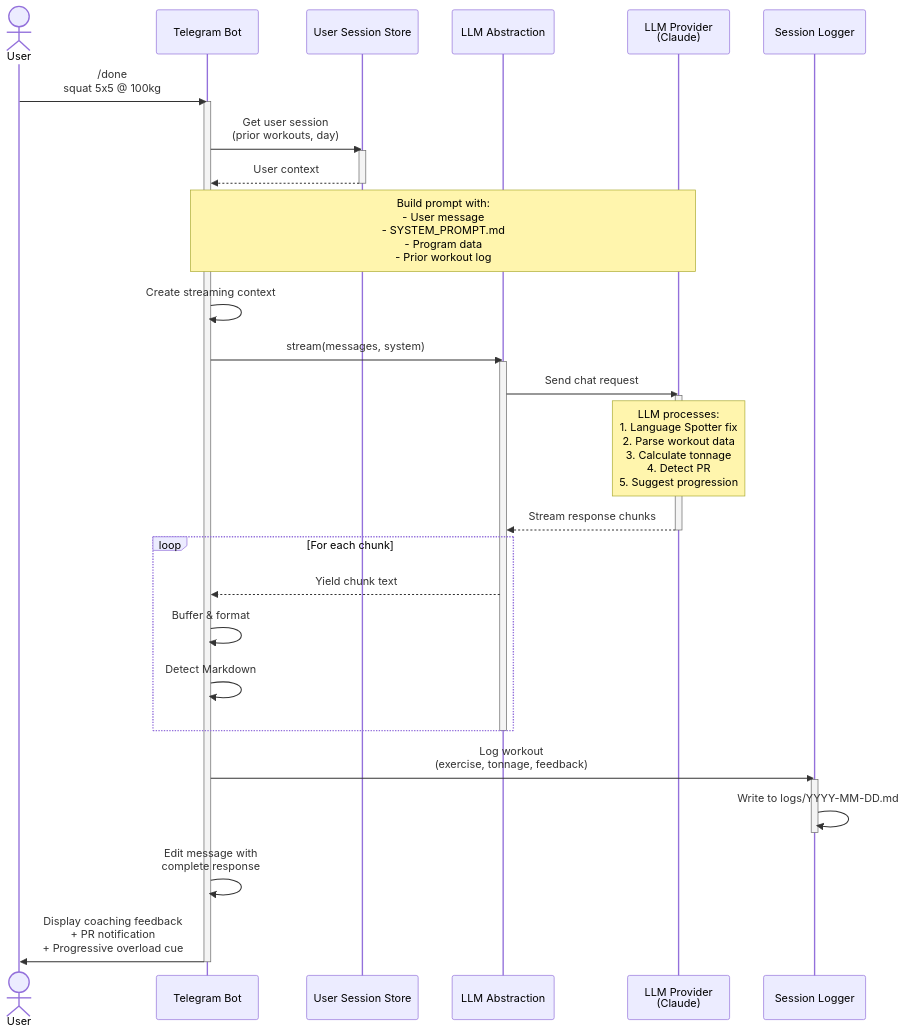
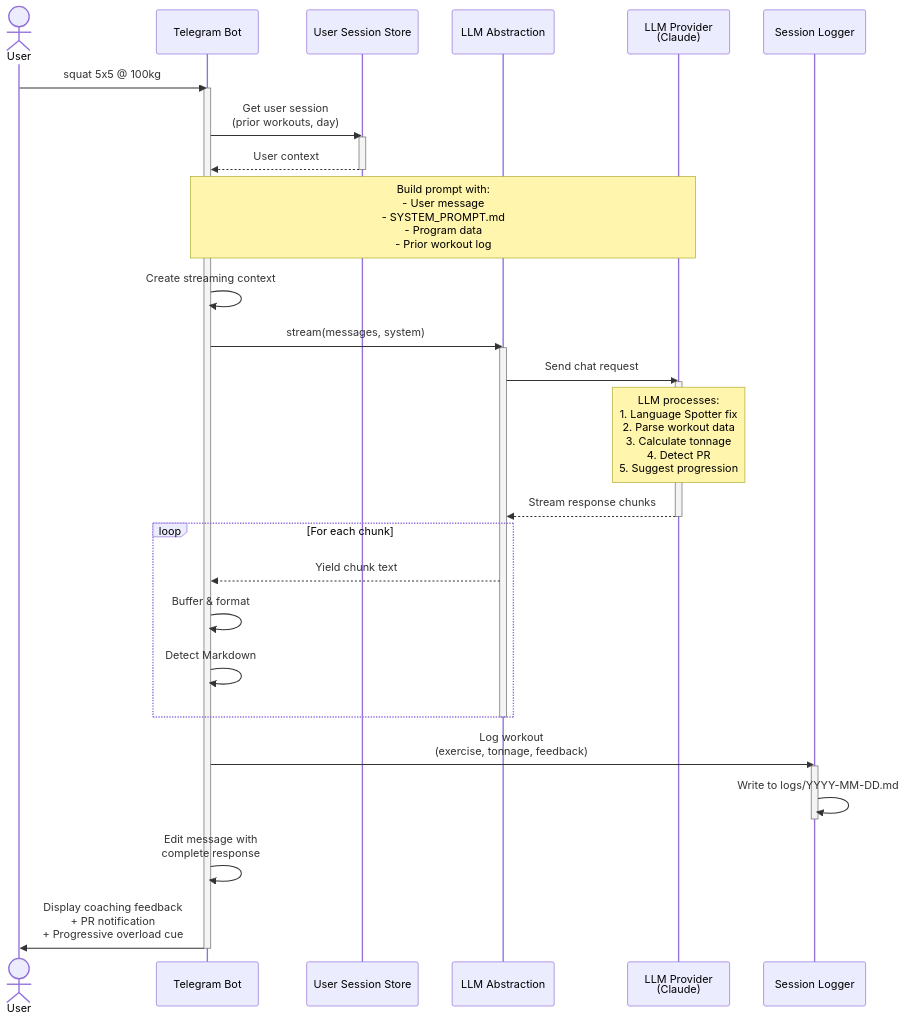
One commit to fabianobr/coach-ai changed the third of 7 diagrams in docs/ARCHITECTURE.md. Above: the diagram before and after it, drawn with Mermaid. The commit also changed other lines of this file and 1 other file, not shown here.

Commit message:
fix: resolve PR 6 code review issues
1. Add explicit handling for invalid day inputs (D3, D6, D7) in /day command
   - Specifies behavior for rest days and malformed inputs
   - Prevents LLM hallucination of invalid workout plans
   - Aligns with "never invented" convention in CLAUDE.md

2. Fix /done command semantic conflict in ARCHITECTURE.md
   - Use Case 1: Show plain text exercise submission (not /done prefix)
   - Use Case 3: /done ends session and saves log
   - Resolves contradiction where /done was defined as both "log exercise" and "end session"

````diff
--- a/docs/ARCHITECTURE.md
+++ b/docs/ARCHITECTURE.md
@@ -97,47 +97,47 @@
 ```mermaid
 sequenceDiagram
     actor User
     participant Telegram as Telegram Bot
     participant SessionStore as User Session Store
     participant LLMLayer as LLM Abstraction
     participant LLMProvider as LLM Provider<br/>(Claude)
     participant Logger as Session Logger
     
-    User->>Telegram: /done<br/>squat 5x5 @ 100kg
+    User->>Telegram: squat 5x5 @ 100kg
     activate Telegram
     
     Telegram->>SessionStore: Get user session<br/>(prior workouts, day)
     activate SessionStore
     SessionStore-->>Telegram: User context
     deactivate SessionStore
     
     Note over Telegram,LLMProvider: Build prompt with:<br/>- User message<br/>- SYSTEM_PROMPT.md<br/>- Program data<br/>- Prior workout log
     
     Telegram->>Telegram: Create streaming context
     Telegram->>LLMLayer: stream(messages, system)
     activate LLMLayer
     
     LLMLayer->>LLMProvider: Send chat request
     activate LLMProvider
     
     Note over LLMProvider: LLM processes:<br/>1. Language Spotter fix<br/>2. Parse workout data<br/>3. Calculate tonnage<br/>4. Detect PR<br/>5. Suggest progression
     
     LLMProvider-->>LLMLayer: Stream response chunks
     deactivate LLMProvider
     
     loop For each chunk
         LLMLayer-->>Telegram: Yield chunk text
         Telegram->>Telegram: Buffer & format
         Telegram->>Telegram: Detect Markdown
     end
     deactivate LLMLayer
     
     Telegram->>Logger: Log workout<br/>(exercise, tonnage, feedback)
     activate Logger
     Logger->>Logger: Write to logs/YYYY-MM-DD.md
     deactivate Logger
     
     Telegram->>Telegram: Edit message with<br/>complete response
     Telegram->>User: Display coaching feedback<br/>+ PR notification<br/>+ Progressive overload cue
     deactivate Telegram
 ```
````
